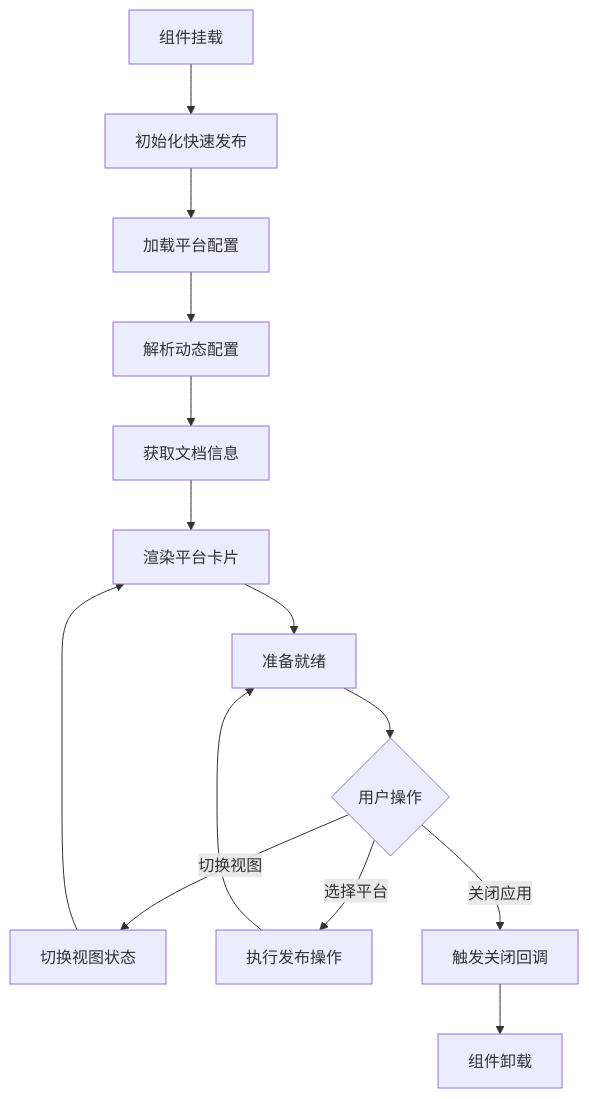
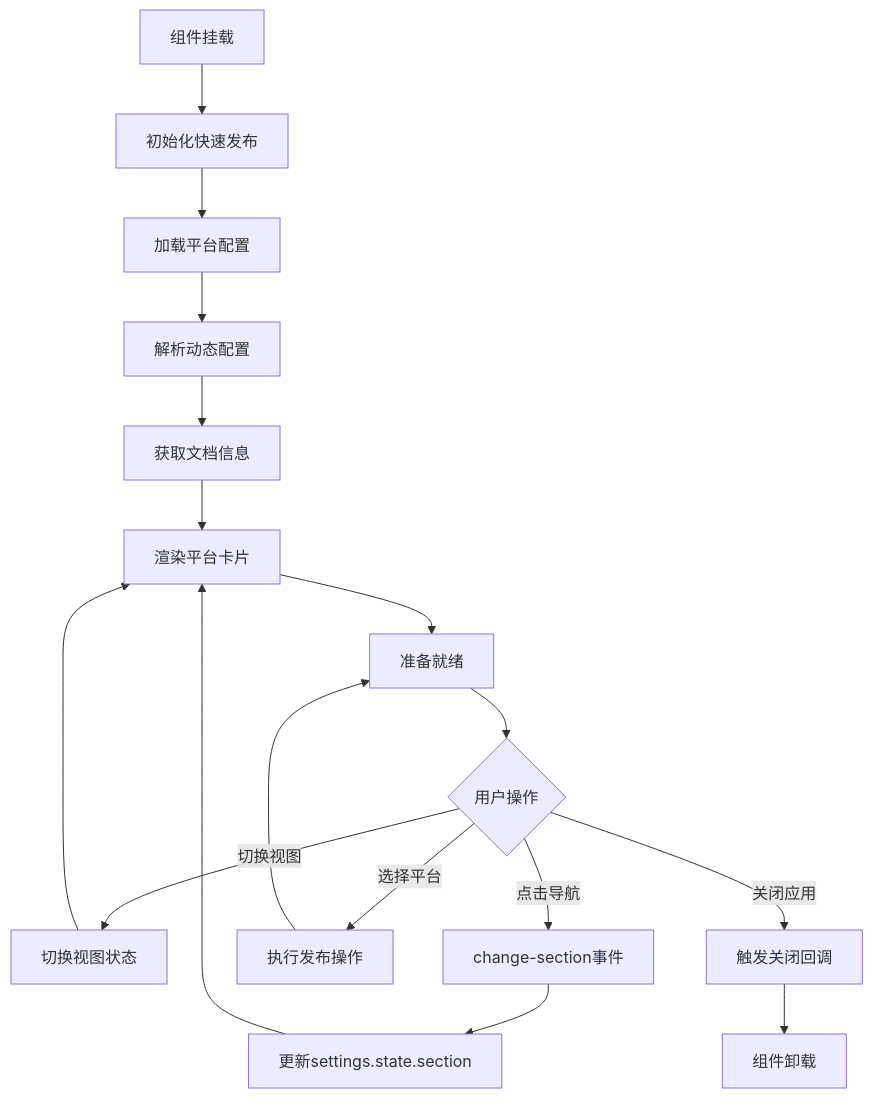
The sixth of 10 diagrams in .qoder/repowiki/zh/content/统一工作壳组件.md (terwer/siyuan-plugin-publisher), drawn with Mermaid before and after one commit. The commit also changed other lines of this file and 14 other files, not shown here.

````diff
--- a/.qoder/repowiki/zh/content/统一工作壳组件.md
+++ b/.qoder/repowiki/zh/content/统一工作壳组件.md
@@ -228,16 +317,19 @@
 ```mermaid
 flowchart TD
 Mount[组件挂载] --> Init[初始化快速发布]
 Init --> LoadData[加载平台配置]
 LoadData --> ParseConfig[解析动态配置]
 ParseConfig --> FetchDoc[获取文档信息]
 FetchDoc --> Render[渲染平台卡片]
 Render --> Ready[准备就绪]
 Ready --> UserAction{用户操作}
 UserAction --> |切换视图| SwitchView[切换视图状态]
+UserAction --> |点击导航| ChangeSection[change-section事件]
 UserAction --> |选择平台| Publish[执行发布操作]
 UserAction --> |关闭应用| Close[触发关闭回调]
 SwitchView --> Render
+ChangeSection --> UpdateSection[更新settings.state.section]
+UpdateSection --> Render
 Publish --> Ready
 Close --> Unmount[组件卸载]
 ```
````
